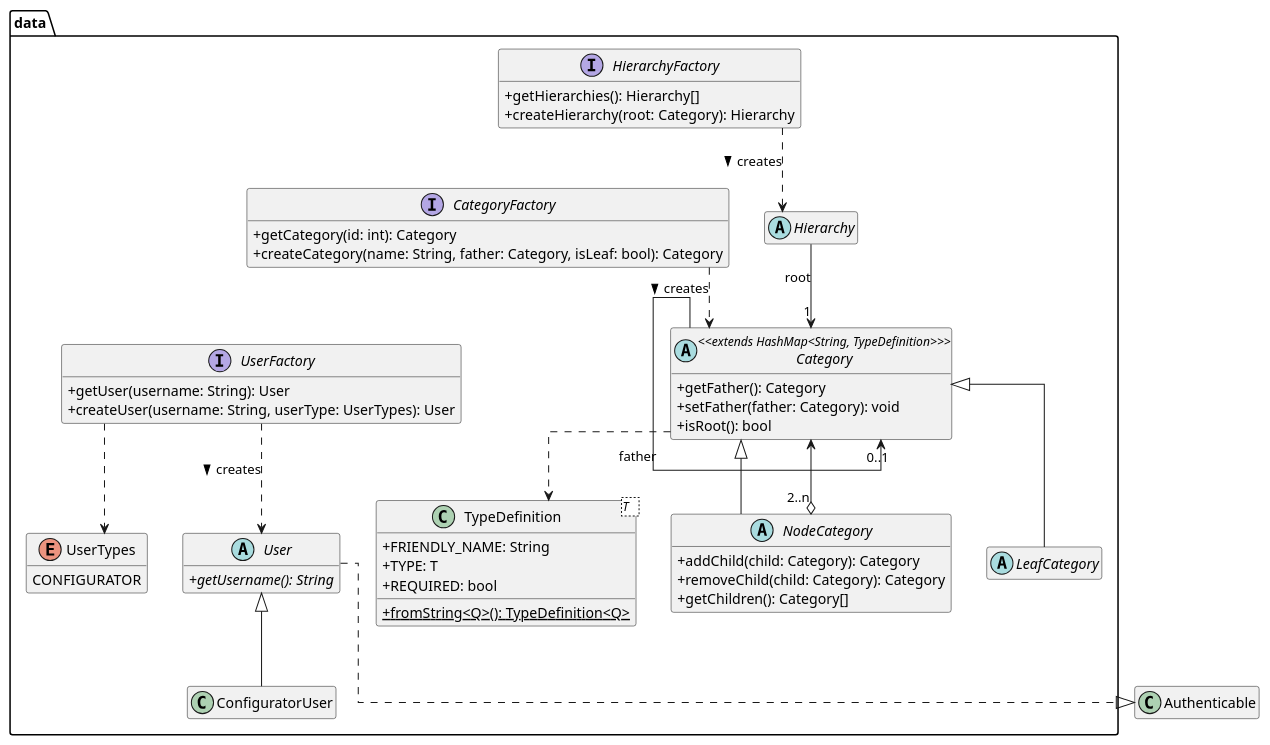
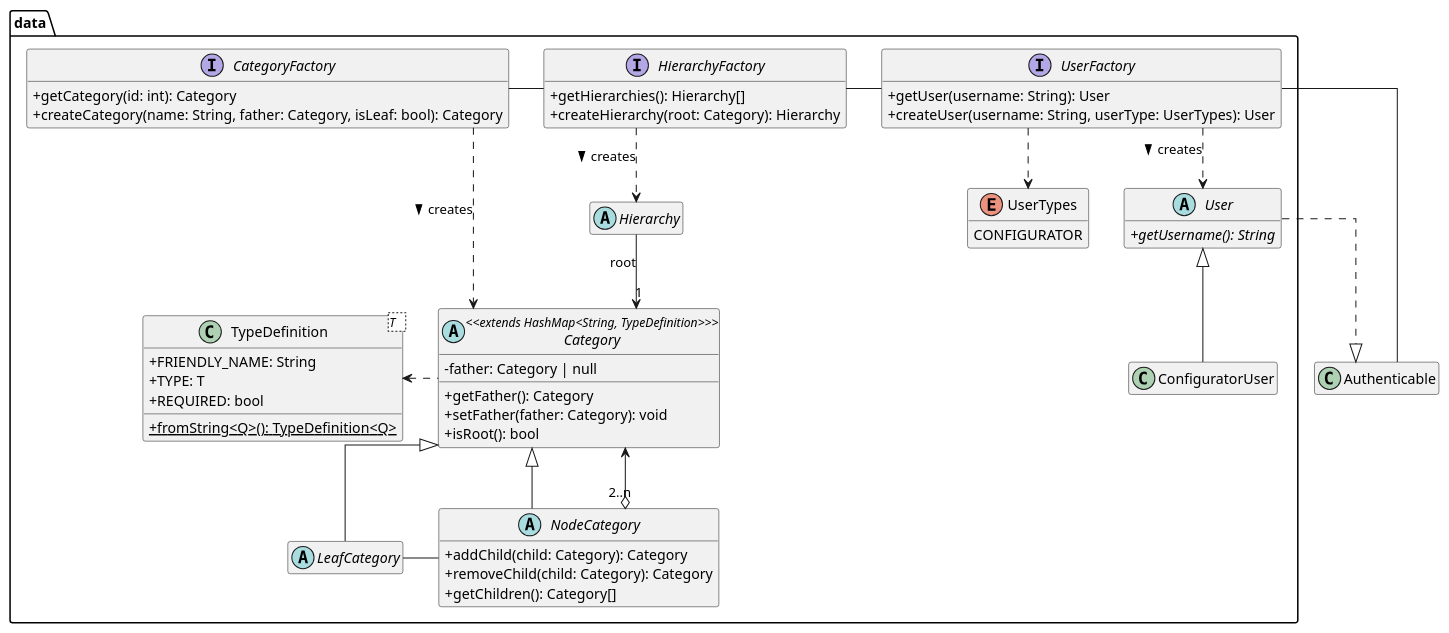
The diagram in DOC/VER1/diagrams/class/class_diagram_data.puml (Matlice/ing_sw_2022), drawn with PlantUML before and after one commit. The commit also changed 7 other files, not shown here.

Commit message:
finished up diagrams

```diff
--- a/DOC/VER1/diagrams/class/class_diagram_data.puml
+++ b/DOC/VER1/diagrams/class/class_diagram_data.puml
@@ -1,75 +1,78 @@
 @startuml
 
 skinparam ClassAttributeIconSize 0
 'skinparam groupInheritance 2
 skinparam linetype ortho
 hide empty members
 
 package data #FFFFFF {
 
     interface CategoryFactory {
         + getCategory(id: int): Category
         + createCategory(name: String, father: Category, isLeaf: bool): Category
     }
 
     interface HierarchyFactory {
         + getHierarchies(): Hierarchy[]
         + createHierarchy(root: Category): Hierarchy
     }
 
     interface UserFactory {
         + getUser(username: String): User
         + createUser(username: String, userType: UserTypes): User
     }
 
     enum UserTypes {
         CONFIGURATOR
     }
 
     abstract class Category <<extends HashMap<String, TypeDefinition>>> {
+        - father: Category | null
+        
         + getFather(): Category
         + setFather(father: Category): void
         + isRoot(): bool
     }
 
     class TypeDefinition<T   > {
         + FRIENDLY_NAME: String
         + TYPE: T
         + REQUIRED: bool
         + {static} fromString<Q>(): TypeDefinition<Q>
     }
     abstract class Hierarchy {}
 
     abstract class User {
         + {abstract} getUsername(): String
     }
 
     class ConfiguratorUser extends User {}
 
     abstract class NodeCategory extends Category {
         + addChild(child: Category): Category
         + removeChild(child: Category): Category
         + getChildren(): Category[]
     }
     
     abstract class LeafCategory extends Category {}
 
 }
 
 User ..|> Authenticable
 
-Category --> "0..1" Category: father
+'Category --> "0..1" Category: father
 Hierarchy --> "1" Category: root
 NodeCategory "2..n" o--> Category
 
-Category ..> TypeDefinition
-
-HierarchyFactory -[hidden]-> CategoryFactory
-CategoryFactory -[hidden]-> UserFactory
+Category .left.> TypeDefinition
 
 CategoryFactory .down.> Category: creates >
 HierarchyFactory .down.> Hierarchy: creates >
 UserFactory .down.> User: creates >
 UserFactory ..> UserTypes
 
+HierarchyFactory -left- CategoryFactory
+UserFactory -left- HierarchyFactory
+LeafCategory -right- NodeCategory
+Authenticable -left- UserFactory
 @enduml
```
